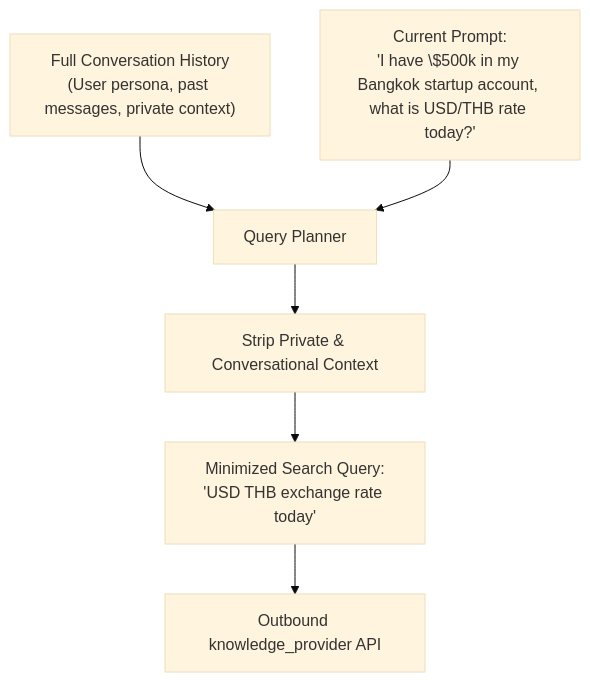
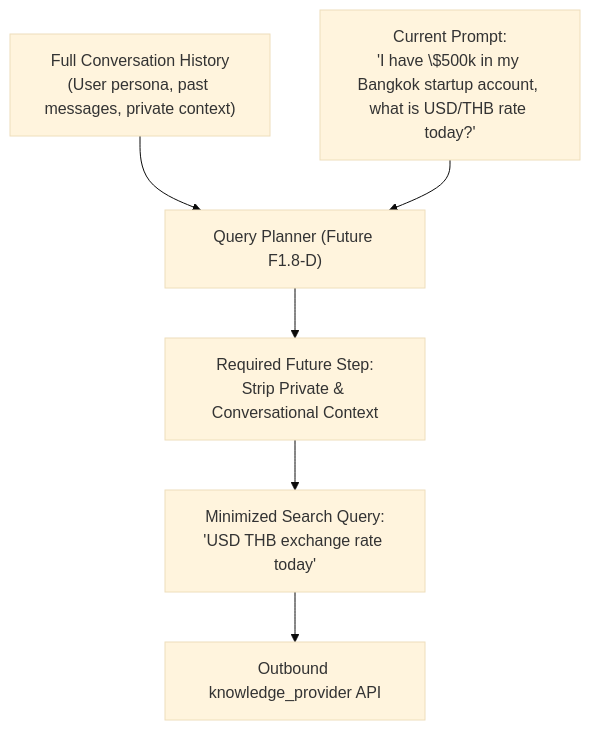
The seventh of 8 diagrams in docs/architecture/MAVE_F1_8_RESEARCH_TRUTH_ARCHITECTURE_AUDIT.md (Jeff7563/MAVE), drawn with Mermaid (base theme) before and after one commit. The commit also changed other lines of this file, not shown here.

Commit message:
docs(intelligence): harden research truth architecture

````diff
--- a/docs/architecture/MAVE_F1_8_RESEARCH_TRUTH_ARCHITECTURE_AUDIT.md
+++ b/docs/architecture/MAVE_F1_8_RESEARCH_TRUTH_ARCHITECTURE_AUDIT.md
@@ -455,9 +529,9 @@
 ```mermaid
 flowchart TD
-    ConversationHistory["Full Conversation History<br/>(User persona, past messages, private context)"] --> Planner["Query Planner"]
+    ConversationHistory["Full Conversation History<br/>(User persona, past messages, private context)"] --> Planner["Query Planner (Future F1.8-D)"]
     UserPrompt["Current Prompt:<br/>'I have \$500k in my Bangkok startup account, what is USD/THB rate today?'"] --> Planner
 
-    Planner --> StripPrivate["Strip Private & Conversational Context"]
+    Planner --> StripPrivate["Required Future Step:<br/>Strip Private & Conversational Context"]
     StripPrivate --> MinimizedQuery["Minimized Search Query:<br/>'USD THB exchange rate today'"]
     MinimizedQuery --> Outbound["Outbound knowledge_provider API"]
 ```
````
